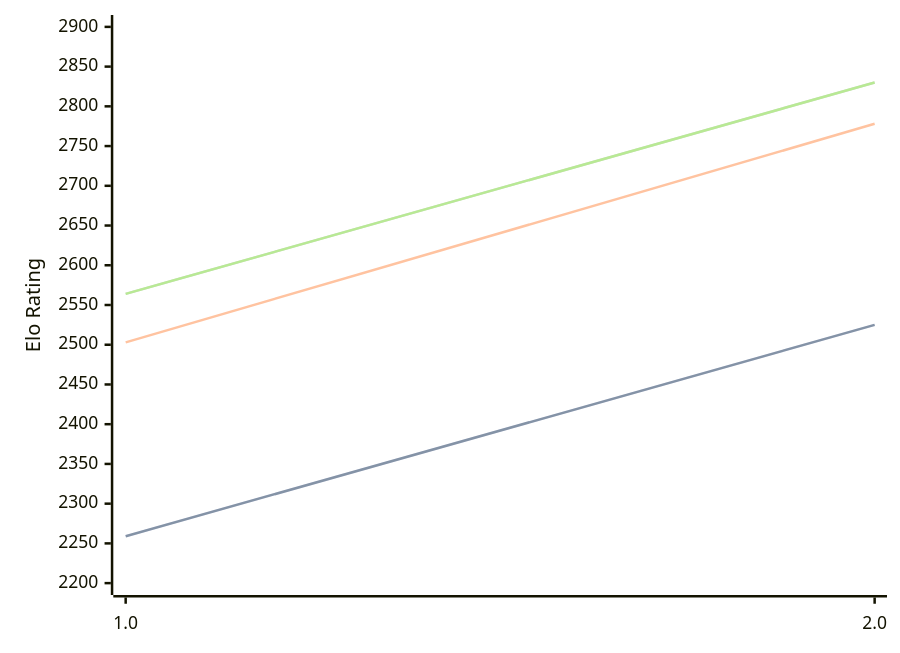
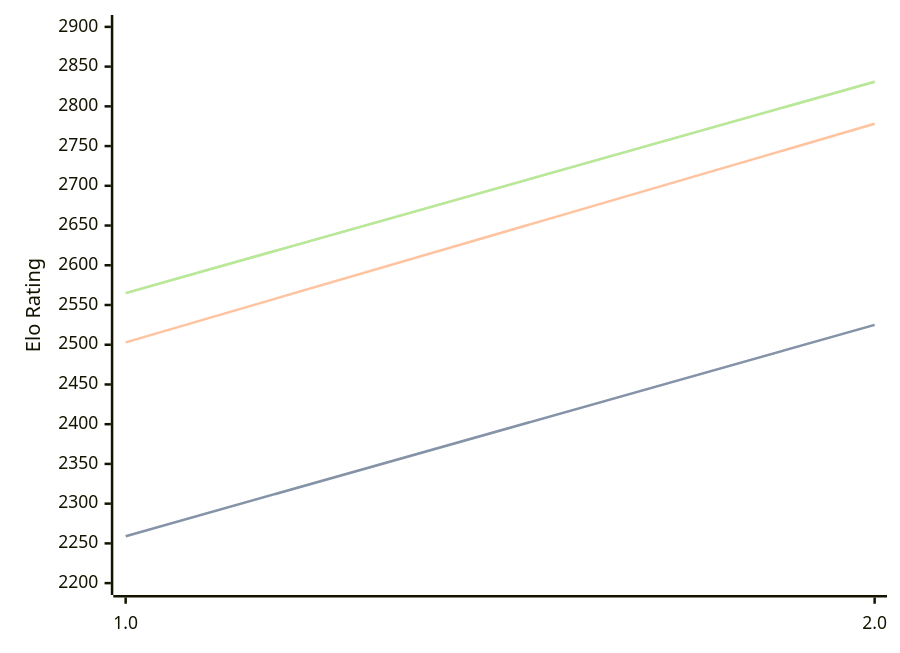
Before and after one commit to computer-chess-index/cci: the diagram in engines/Revolver.md, drawn with Mermaid. The commit also changed other lines of this file, not shown here.

Commit message:
Update CCI Ratings (ELO VLTC) - 2026-09-13

````diff
--- a/engines/Revolver.md
+++ b/engines/Revolver.md
@@ -32,11 +32,11 @@
 ```mermaid
 %%{init: {"theme":"base","themeVariables":{"seriesColors:['#a3a3a3','#222221','#faa371']}}}%%
 xychart-beta
   x-axis ["1.0", "2.0"]
   y-axis "Elo Rating" 2200 --> 2900
   line "" [2259, 2525]
   line "STC (8.0+0.08s)" [2259, 2525]
   line "LTC (60.0+0.60s)" [2503, 2778]
-  line "" [2564, 2830]
-  line "VLTC (2m24s+1.12s)" [2564, 2830]
+  line "" [2565, 2831]
+  line "VLTC (2m24s+1.12s)" [2565, 2831]
 ```
````
